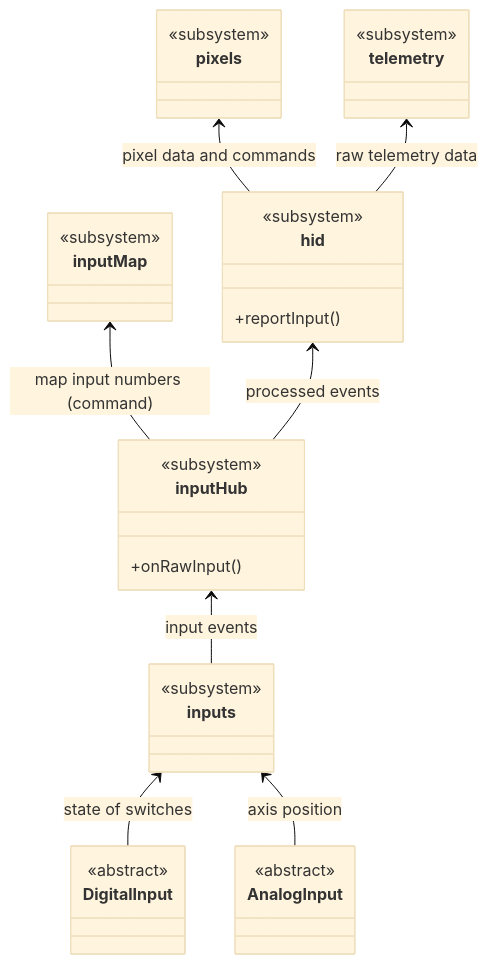
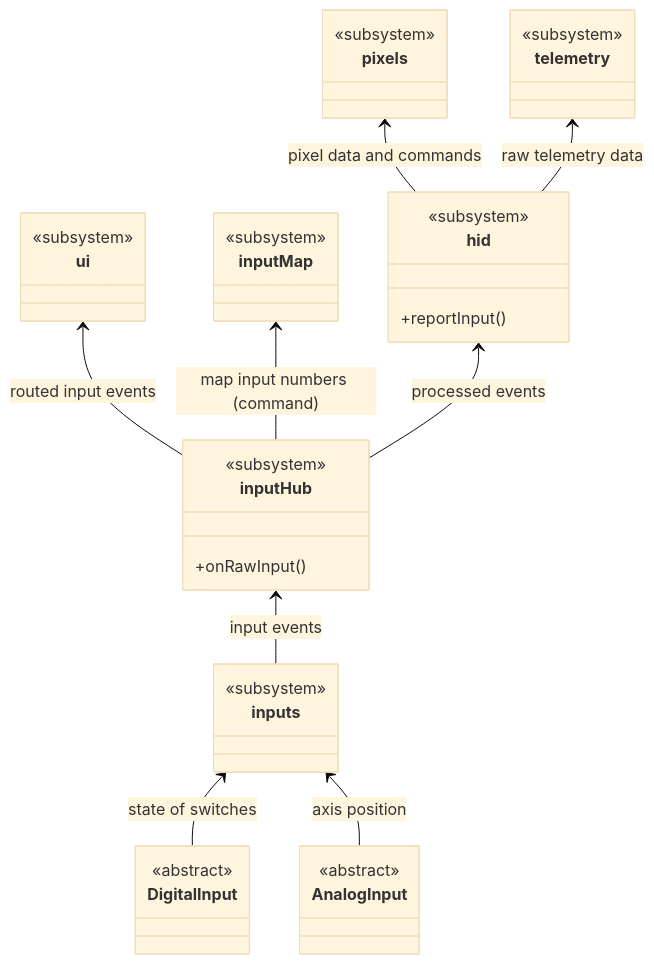
The first of 11 diagrams in doc/firmware/FirmwareArchitecture_en.md (afpineda/OpenSourceSimWheelESP32), drawn with Mermaid (base theme) before and after one commit. The commit also changed other lines of this file and 9 other files, not shown here.

````diff
--- a/doc/firmware/FirmwareArchitecture_en.md
+++ b/doc/firmware/FirmwareArchitecture_en.md
@@ -208,30 +208,33 @@
 ```mermaid
 classDiagram
     class inputs
     class AnalogInput
     class DigitalInput
     class inputMap
     class inputHub {
       +onRawInput()
     }
     class hid {
       +reportInput()
     }
+    class ui
     class telemetry
     class pixels
     <<subsystem>> inputs
     <<subsystem>> inputHub
     <<subsystem>> hid
     <<subsystem>> telemetry
     <<subsystem>> pixels
     <<subsystem>> inputMap
+    <<subsystem>> ui
     <<abstract>> AnalogInput
     <<abstract>> DigitalInput
     inputHub <-- inputs: input events
+    ui <-- inputHub: routed input events
     inputs <-- DigitalInput: state of switches
     inputs <-- AnalogInput: axis position
     inputMap <-- inputHub : map input numbers (command)
     hid <-- inputHub: processed events
     pixels <-- hid: pixel data and commands
     telemetry <-- hid: raw telemetry data
 ```
````
